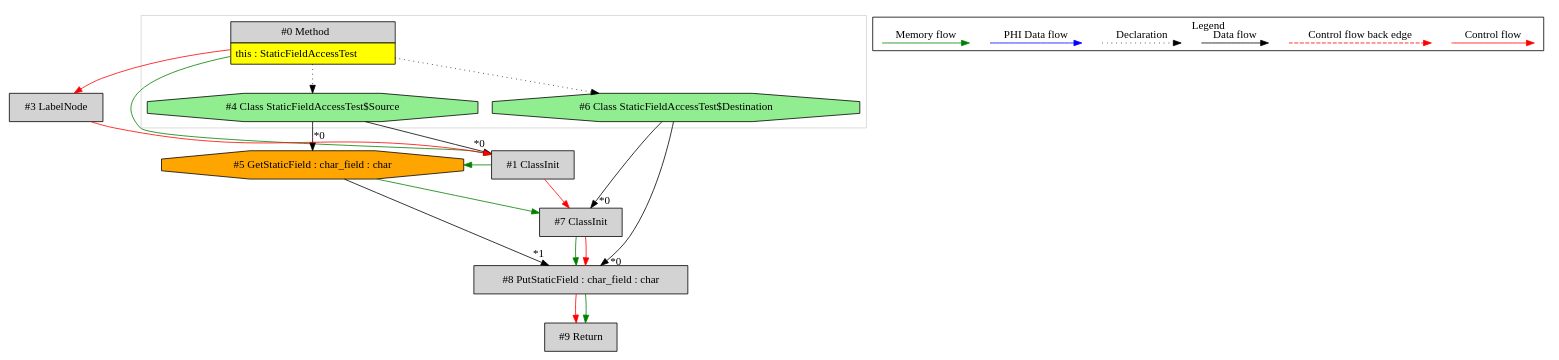
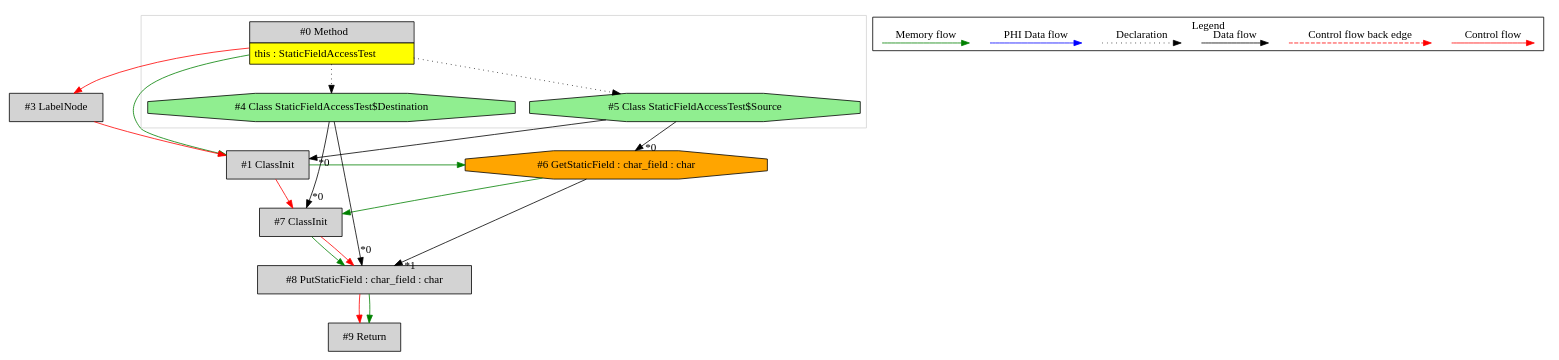
One commit to mirkosertic/MetaIR changed the diagram in de.mirkosertic.metair.ir.examples.StaticFieldAccessTest/copy_char/ir.dot. Above: the diagram before and after it, drawn with Graphviz. The commit also changed 1410 other files, not shown here.

```diff
--- a/de.mirkosertic.metair.ir.examples.StaticFieldAccessTest/copy_char/ir.dot
+++ b/de.mirkosertic.metair.ir.examples.StaticFieldAccessTest/copy_char/ir.dot
@@ -1,60 +1,60 @@
 digraph {
  node0[margin="0", label=<<table border="0" cellborder="1" cellspacing="0" cellpadding="5"><tr><td colspan="1">#0 Method</td></tr><tr><td port="prj2" bgcolor="yellow">this : StaticFieldAccessTest</td></tr></table>>,shape=none, fillcolor=lightgrey, style=filled];
- node6[label="#6 Class StaticFieldAccessTest$Destination",shape=octagon, fillcolor=lightgreen, style=filled];
- node0 -> node6[style=dotted];
- node7[label="#7 ClassInit",shape=box, fillcolor=lightgrey, style=filled];
- node6 -> node7[headlabel="*0", labeldistance=2];
- node5 -> node7[labeldistance=2, color=green, constraint=false];
- node1 -> node7[labeldistance=2, color=red, fontcolor=red];
  node1[label="#1 ClassInit",shape=box, fillcolor=lightgrey, style=filled];
- node4 -> node1[headlabel="*0", labeldistance=2];
+ node5 -> node1[headlabel="*0", labeldistance=2];
  node0 -> node1[labeldistance=2, color=green, constraint=false];
  node3 -> node1[labeldistance=2, color=red, fontcolor=red];
  node3[label="#3 LabelNode",shape=box, fillcolor=lightgrey, style=filled];
  node0 -> node3[labeldistance=2, color=red, fontcolor=red];
- node4[label="#4 Class StaticFieldAccessTest$Source",shape=octagon, fillcolor=lightgreen, style=filled];
+ node5[label="#5 Class StaticFieldAccessTest$Source",shape=octagon, fillcolor=lightgreen, style=filled];
+ node0 -> node5[style=dotted];
+ node6[label="#6 GetStaticField : char_field : char",shape=octagon, fillcolor=orange, style=filled];
+ node5 -> node6[headlabel="*0", labeldistance=2];
+ node1 -> node6[labeldistance=2, color=green, constraint=false];
+ node7[label="#7 ClassInit",shape=box, fillcolor=lightgrey, style=filled];
+ node4 -> node7[headlabel="*0", labeldistance=2];
+ node6 -> node7[labeldistance=2, color=green, constraint=false];
+ node1 -> node7[labeldistance=2, color=red, fontcolor=red];
+ node4[label="#4 Class StaticFieldAccessTest$Destination",shape=octagon, fillcolor=lightgreen, style=filled];
  node0 -> node4[style=dotted];
- node5[label="#5 GetStaticField : char_field : char",shape=octagon, fillcolor=orange, style=filled];
- node4 -> node5[headlabel="*0", labeldistance=2];
- node1 -> node5[labeldistance=2, color=green, constraint=false];
  node8[label="#8 PutStaticField : char_field : char",shape=box, fillcolor=lightgrey, style=filled];
- node6 -> node8[headlabel="*0", labeldistance=2];
- node5 -> node8[headlabel="*1", labeldistance=2];
+ node4 -> node8[headlabel="*0", labeldistance=2];
+ node6 -> node8[headlabel="*1", labeldistance=2];
  node7 -> node8[labeldistance=2, color=green, constraint=false];
  node7 -> node8[labeldistance=2, color=red, fontcolor=red];
  node9[label="#9 Return",shape=box, fillcolor=lightgrey, style=filled];
  node8 -> node9[labeldistance=2, color=red, fontcolor=red];
  node8 -> node9[labeldistance=2, color=green, constraint=false];
  subgraph cluster_0 {
   color=lightgray;
   node0;
   node4;
-  node6;
+  node5;
  }
  subgraph cluster_000 {
   label = "Legend";
   node [shape=point]
   {
    rank=same;
    c0 [style = invis];
    c1 [style = invis];
    c2 [style = invis];
    c3 [style = invis];
    d0 [style = invis];
    d1 [style = invis];
    d2 [style = invis];
    d3 [style = invis];
    d4 [style = invis];
    d5 [style = invis];
    d6 [style = invis];
    d7 [style = invis];
   }
   c0 -> c1 [label="Control flow", style=solid, color=red]
   c2 -> c3 [label="Control flow back edge", style=dashed, color=red]
   d0 -> d1 [label="Data flow"]
   d2 -> d3 [label="Declaration", style=dotted]
   d4 -> d5 [label="PHI Data flow", color=blue]
   d6 -> d7 [label="Memory flow", color=green]
  }
 
 }
```
